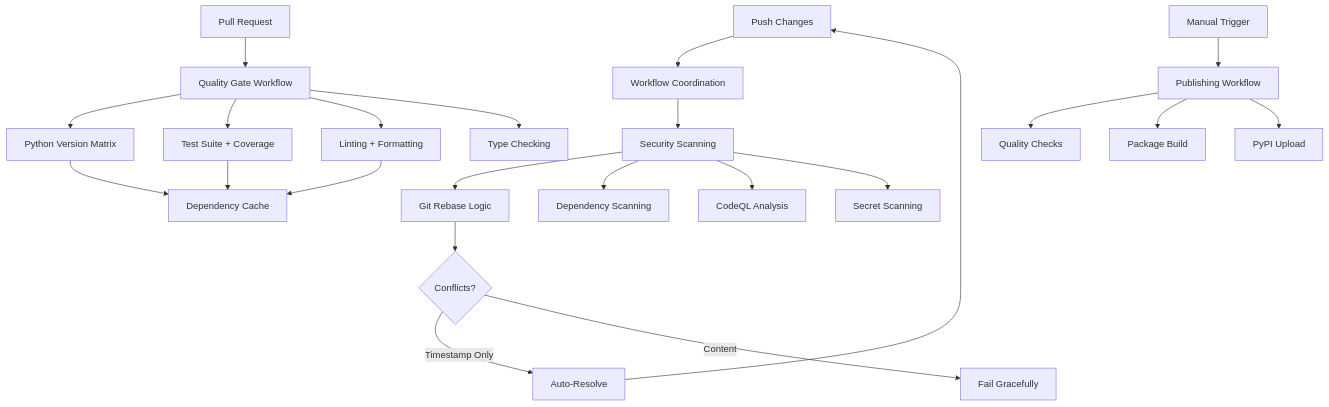
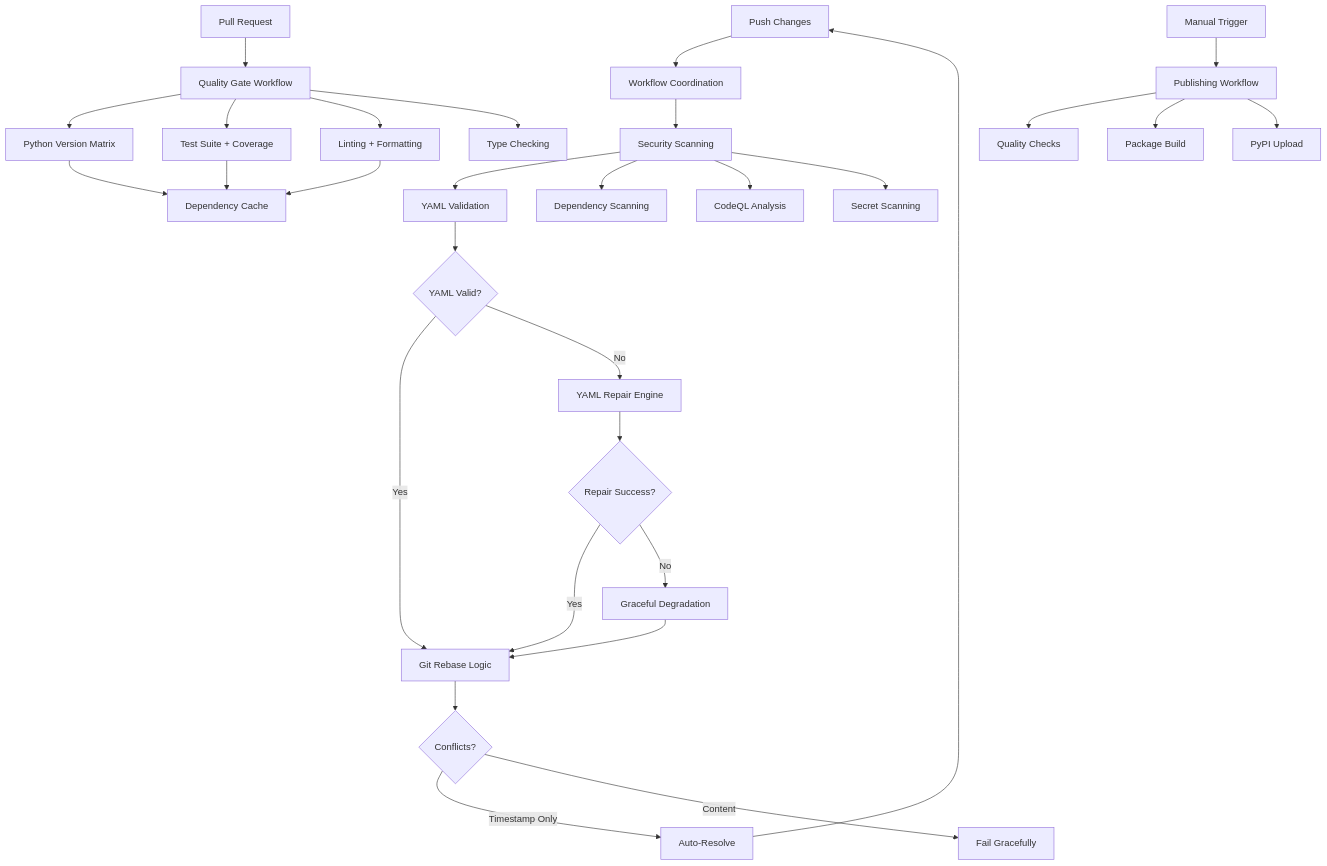
One commit to stabbotco1/mypylogger changed the diagram in .kiro/specs/phase-3-github-cicd/design.md. Above: the diagram before and after it, drawn with Mermaid. The commit also changed other lines of this file and 87 other files, not shown here.

````diff
--- a/.kiro/specs/phase-3-github-cicd/design.md
+++ b/.kiro/specs/phase-3-github-cicd/design.md
@@ -26,30 +26,38 @@
 ```mermaid
 graph TB
     PR[Pull Request] --> QG[Quality Gate Workflow]
     PUSH[Push to Main] --> COORD[Workflow Coordination]
     MANUAL[Manual Trigger] --> PUB[Publishing Workflow]
     
     COORD --> SEC[Security Scanning]
-    SEC --> REBASE[Git Rebase Logic]
+    SEC --> YAML_VAL[YAML Validation]
+    YAML_VAL --> YAML_OK{YAML Valid?}
+    YAML_OK -->|Yes| REBASE[Git Rebase Logic]
+    YAML_OK -->|No| YAML_REPAIR[YAML Repair Engine]
+    YAML_REPAIR --> REPAIR_OK{Repair Success?}
+    REPAIR_OK -->|Yes| REBASE
+    REPAIR_OK -->|No| DEGRADE[Graceful Degradation]
+    DEGRADE --> REBASE
+    
     REBASE --> CONFLICT{Conflicts?}
     CONFLICT -->|Timestamp Only| RESOLVE[Auto-Resolve]
     CONFLICT -->|Content| FAIL[Fail Gracefully]
     RESOLVE --> PUSH[Push Changes]
     
     QG --> MATRIX[Python Version Matrix]
     QG --> TESTS[Test Suite + Coverage]
     QG --> LINT[Linting + Formatting]
     QG --> TYPE[Type Checking]
     
     SEC --> DEP[Dependency Scanning]
     SEC --> CODE[CodeQL Analysis]
     SEC --> SECRET[Secret Scanning]
     
     PUB --> QUAL[Quality Checks]
     PUB --> BUILD[Package Build]
     PUB --> PYPI[PyPI Upload]
     
     MATRIX --> CACHE[Dependency Cache]
     TESTS --> CACHE
     LINT --> CACHE
 ```
````
